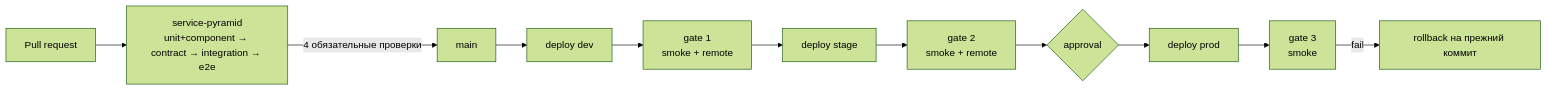
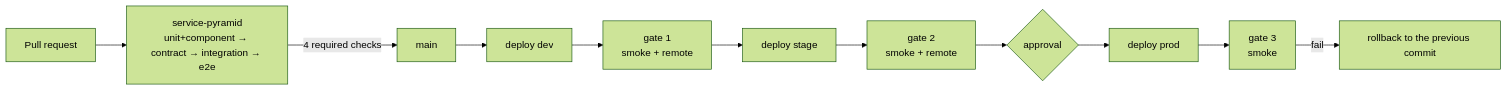
One commit to denisspunk/loan-platform-qa-lab changed the second of 2 diagrams in README.md. Above: the diagram before and after it, drawn with Mermaid (forest theme). The commit also changed other lines of this file, not shown here.

````diff
--- a/README.md
+++ b/README.md
@@ -78,9 +78,9 @@
 ```mermaid
 flowchart LR
     PR[Pull request] --> Pyramid[service-pyramid<br/>unit+component → contract → integration → e2e]
-    Pyramid -->|4 обязательные проверки| Main[main]
+    Pyramid -->|4 required checks| Main[main]
     Main --> Dev[deploy dev] --> G1[gate 1<br/>smoke + remote]
     G1 --> Stage[deploy stage] --> G2[gate 2<br/>smoke + remote]
     G2 --> Approve{approval} --> Prod[deploy prod] --> G3[gate 3<br/>smoke]
-    G3 -->|fail| Rollback[rollback на прежний коммит]
+    G3 -->|fail| Rollback[rollback to the previous commit]
 ```
````
